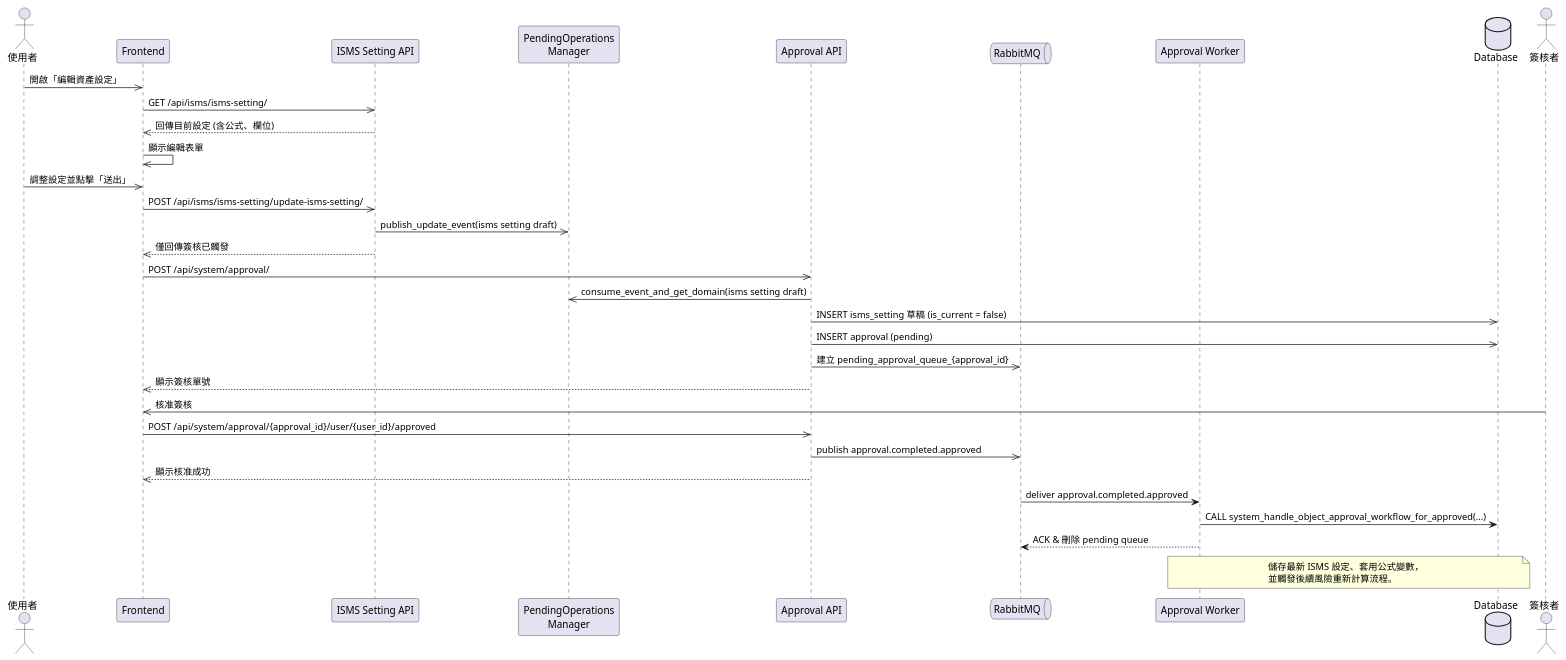
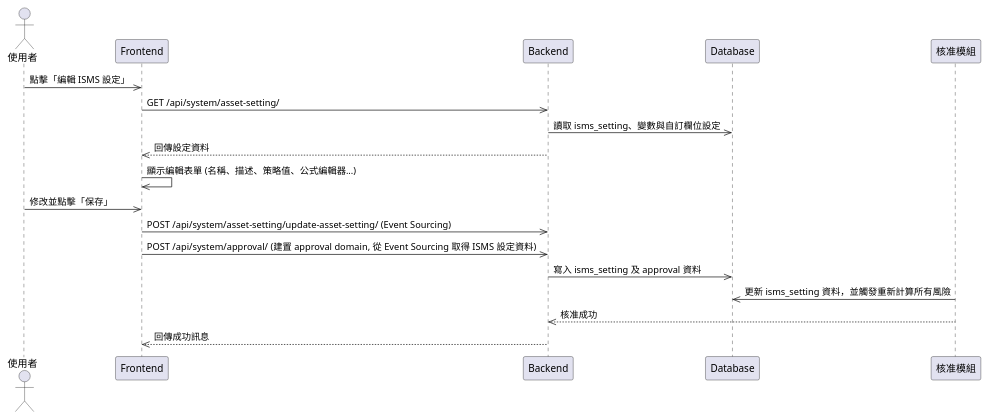
The diagram in plantUML/sequence/isms_setting_edit.puml (walle45611/NTUB_SecuManag_Diagram), drawn with PlantUML before and after one commit. The commit also changed 9 other files, not shown here.

Commit message:
feat: 更新多個流程圖，調整參與者與流程步驟以增強可讀性，並整合核准與拒絕流程

```diff
--- a/plantUML/sequence/isms_setting_edit.puml
+++ b/plantUML/sequence/isms_setting_edit.puml
@@ -1,44 +1,21 @@
 @startuml
 
 actor User as "使用者"
 participant Frontend
-participant "ISMS Setting API" as SettingAPI
-participant "PendingOperations\nManager" as POM
-participant "Approval API" as ApprovalAPI
-queue "RabbitMQ" as MQ
-participant "Approval Worker" as Worker
-database Database
+participant Backend
+participant Database
+participant Approval as "核准模組"
 
-User ->> Frontend: 開啟「編輯資產設定」
-Frontend ->> SettingAPI: GET /api/isms/isms-setting/
-SettingAPI -->> Frontend: 回傳目前設定 (含公式、欄位)
-Frontend ->> Frontend: 顯示編輯表單
-
-User ->> Frontend: 調整設定並點擊「送出」
-Frontend ->> SettingAPI: POST /api/isms/isms-setting/update-isms-setting/
-SettingAPI ->> POM: publish_update_event(isms setting draft)
-SettingAPI -->> Frontend: 僅回傳簽核已觸發
-
-Frontend ->> ApprovalAPI: POST /api/system/approval/
-ApprovalAPI ->> POM: consume_event_and_get_domain(isms setting draft)
-ApprovalAPI ->> Database: INSERT isms_setting 草稿 (is_current = false)
-ApprovalAPI ->> Database: INSERT approval (pending)
-ApprovalAPI ->> MQ: 建立 pending_approval_queue_{approval_id}
-ApprovalAPI -->> Frontend: 顯示簽核單號
-
-actor Approver as "簽核者"
-Approver ->> Frontend: 核准簽核
-Frontend ->> ApprovalAPI: POST /api/system/approval/{approval_id}/user/{user_id}/approved
-ApprovalAPI ->> MQ: publish approval.completed.approved
-ApprovalAPI -->> Frontend: 顯示核准成功
-
-MQ -> Worker: deliver approval.completed.approved
-Worker -> Database: CALL system_handle_object_approval_workflow_for_approved(...)
-Worker --> MQ: ACK & 刪除 pending queue
-
-note over Worker, Database
-  儲存最新 ISMS 設定、套用公式變數，
-  並觸發後續風險重新計算流程。
-end note
-
+User ->> Frontend: 點擊「編輯 ISMS 設定」
+Frontend ->> Backend: GET /api/system/asset-setting/
+Backend ->> Database: 讀取 isms_setting、變數與自訂欄位設定
+Backend -->> Frontend: 回傳設定資料
+Frontend ->> Frontend: 顯示編輯表單 (名稱、描述、策略值、公式編輯器...)
+User ->> Frontend: 修改並點擊「保存」
+Frontend ->> Backend: POST /api/system/asset-setting/update-asset-setting/ (Event Sourcing)
+Frontend ->> Backend: POST /api/system/approval/ (建置 approval domain, 從 Event Sourcing 取得 ISMS 設定資料)
+Backend ->> Database: 寫入 isms_setting 及 approval 資料
+Approval ->> Database: 更新 isms_setting 資料，並觸發重新計算所有風險
+Approval-->>Backend: 核准成功
+Backend -->> Frontend: 回傳成功訊息
 @enduml
```
